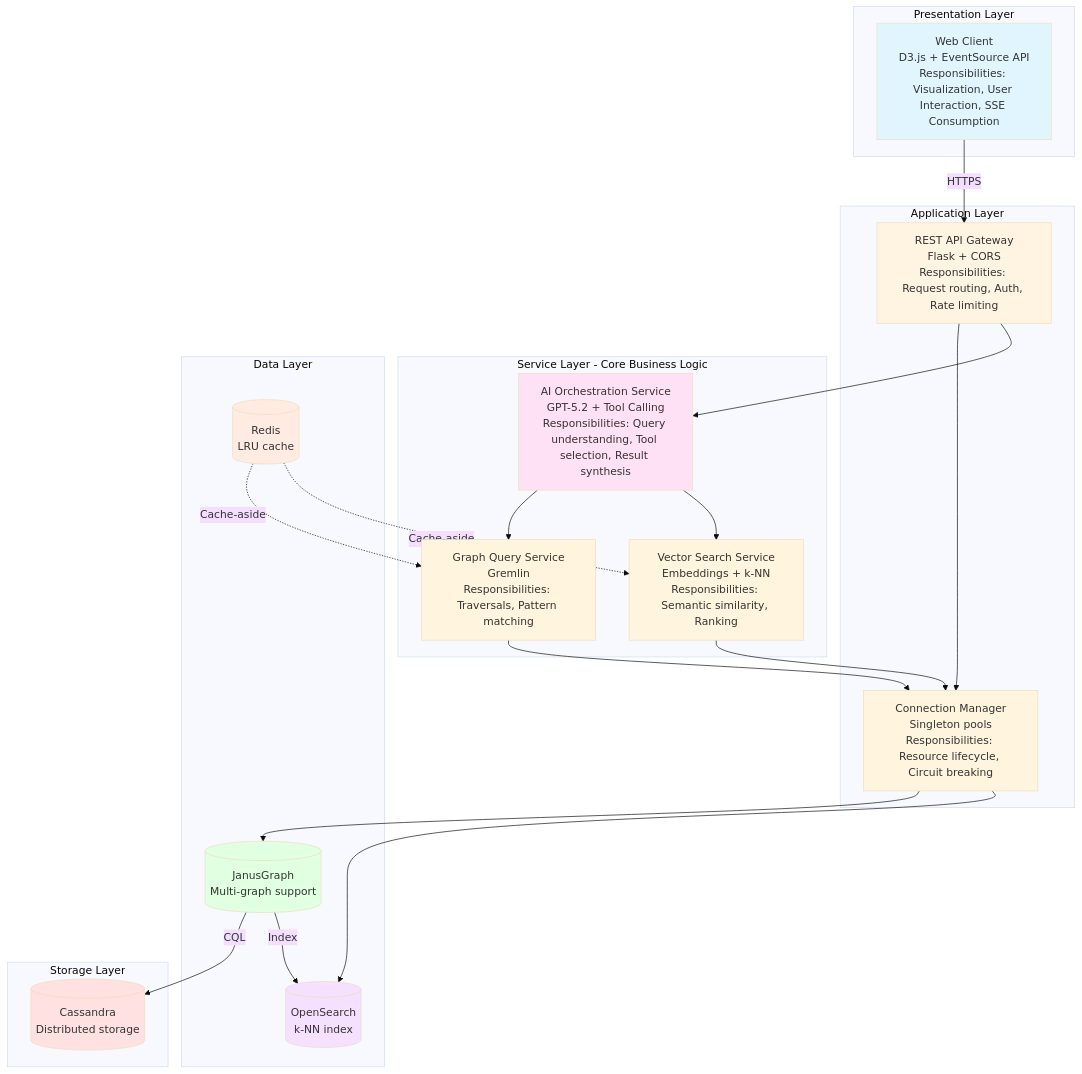
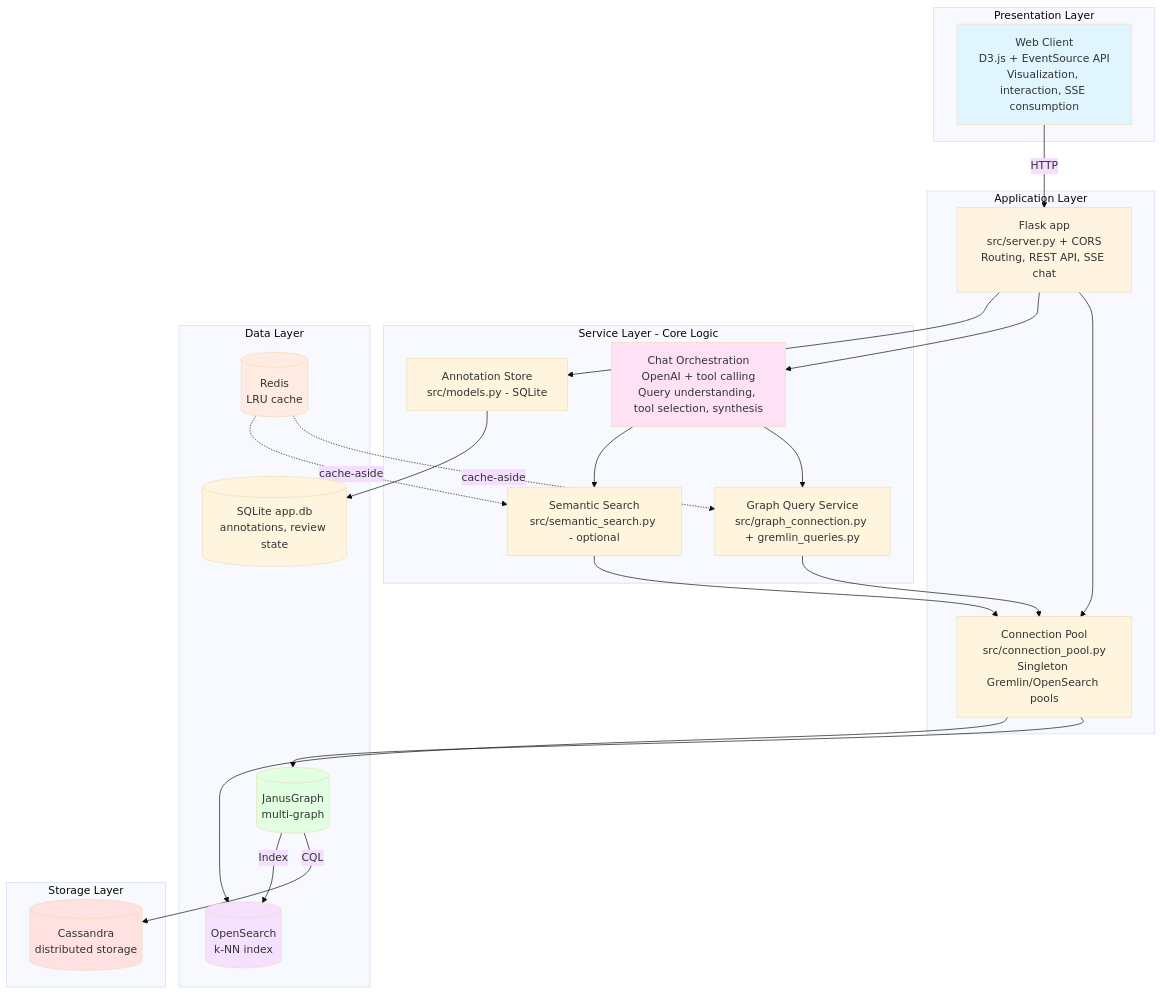
Before and after one commit to rrahimi-uci/policy-to-knowledge: the first of 5 diagrams in apps/explorer/docs/architecture.md, drawn with Mermaid (base theme). The commit also changed other lines of this file and 24 other files, not shown here.

````diff
--- a/apps/explorer/docs/architecture.md
+++ b/apps/explorer/docs/architecture.md
@@ -53,54 +59,58 @@
 ```mermaid
 graph TB
     subgraph "Presentation Layer"
-        UI[Web Client<br/>D3.js + EventSource API<br/>Responsibilities: Visualization, User Interaction, SSE Consumption]
+        UI[Web Client<br/>D3.js + EventSource API<br/>Visualization, interaction, SSE consumption]
     end
-    
+
     subgraph "Application Layer"
-        API[REST API Gateway<br/>Flask + CORS<br/>Responsibilities: Request routing, Auth, Rate limiting]
-        ConnMgr[Connection Manager<br/>Singleton pools<br/>Responsibilities: Resource lifecycle, Circuit breaking]
+        API[Flask app<br/>src/server.py + CORS<br/>Routing, REST API, SSE chat]
+        ConnMgr[Connection Pool<br/>src/connection_pool.py<br/>Singleton Gremlin/OpenSearch pools]
     end
-    
-    subgraph "Service Layer - Core Business Logic"
-        AIOrch[AI Orchestration Service<br/>GPT-5.2 + Tool Calling<br/>Responsibilities: Query understanding, Tool selection, Result synthesis]
-        GraphSvc[Graph Query Service<br/>Gremlin<br/>Responsibilities: Traversals, Pattern matching]
-        VectorSvc[Vector Search Service<br/>Embeddings + k-NN<br/>Responsibilities: Semantic similarity, Ranking]
+
+    subgraph "Service Layer - Core Logic"
+        AIOrch[Chat Orchestration<br/>OpenAI + tool calling<br/>Query understanding, tool selection, synthesis]
+        GraphSvc[Graph Query Service<br/>src/graph_connection.py + gremlin_queries.py]
+        VectorSvc[Semantic Search<br/>src/semantic_search.py - optional]
+        Store[Annotation Store<br/>src/models.py - SQLite]
     end
-    
+
     subgraph "Data Layer"
-        GraphDB[(JanusGraph<br/>Multi-graph support)]
+        GraphDB[(JanusGraph<br/>multi-graph)]
         VectorDB[(OpenSearch<br/>k-NN index)]
         Cache[(Redis<br/>LRU cache)]
+        Sqlite[(SQLite app.db<br/>annotations, review state)]
     end
-    
+
     subgraph "Storage Layer"
-        Cassandra[(Cassandra<br/>Distributed storage)]
+        Cassandra[(Cassandra<br/>distributed storage)]
     end
-    
-    UI -->|HTTPS| API
+
+    UI -->|HTTP| API
     API --> ConnMgr
     API --> AIOrch
-    
+    API --> Store
+
     AIOrch --> GraphSvc
     AIOrch --> VectorSvc
-    
+
     ConnMgr --> GraphDB
     ConnMgr --> VectorDB
-    
+
     GraphSvc --> ConnMgr
     VectorSvc --> ConnMgr
-    
-    Cache -.->|Cache-aside| GraphSvc
-    Cache -.->|Cache-aside| VectorSvc
-    
+    Store --> Sqlite
+
+    Cache -.->|cache-aside| GraphSvc
+    Cache -.->|cache-aside| VectorSvc
+
     GraphDB -->|CQL| Cassandra
     GraphDB -->|Index| VectorDB
-    
+
     style UI fill:#e1f5ff
     style API fill:#fff4e1
     style AIOrch fill:#ffe1f5
     style GraphDB fill:#e1ffe1
     style VectorDB fill:#f5e1ff
     style Cassandra fill:#ffe1e1
     style Cache fill:#ffebe1
 ```
````
